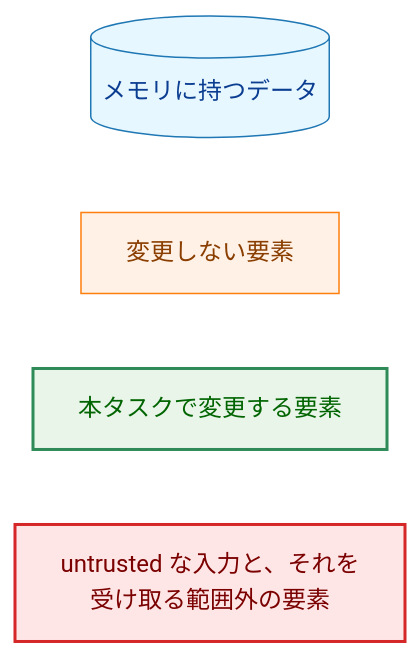
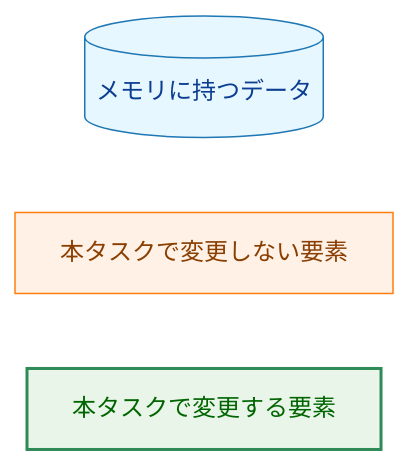
One commit to isseis/yt2column changed diagram 11 of 15 in docs/tasks/0044_article_job_api/02_architecture.md. Above: the diagram before and after it, drawn with Mermaid. The commit also changed other lines of this file and 1 other file, not shown here.

````diff
--- a/docs/tasks/0044_article_job_api/02_architecture.md
+++ b/docs/tasks/0044_article_job_api/02_architecture.md
@@ -1214,15 +1313,12 @@
 ```mermaid
 flowchart LR
     classDef data fill:#e6f7ff,stroke:#1f77b4,stroke-width:1px,color:#0b3d91;
     classDef process fill:#fff1e6,stroke:#ff7f0e,stroke-width:1px,color:#8a3e00;
     classDef enhanced fill:#e8f5e8,stroke:#2e8b57,stroke-width:2px,color:#006400;
-    classDef problem fill:#ffe6e6,stroke:#d62728,stroke-width:2px,color:#7b0000;
     L1[("メモリに持つデータ")]
-    L2["変更しない要素"]
+    L2["本タスクで変更しない要素"]
     L3["本タスクで変更する要素"]
-    L4["untrusted な入力と、それを受け取る範囲外の要素"]
     class L1 data
     class L2 process
     class L3 enhanced
-    class L4 problem
 ```
````
